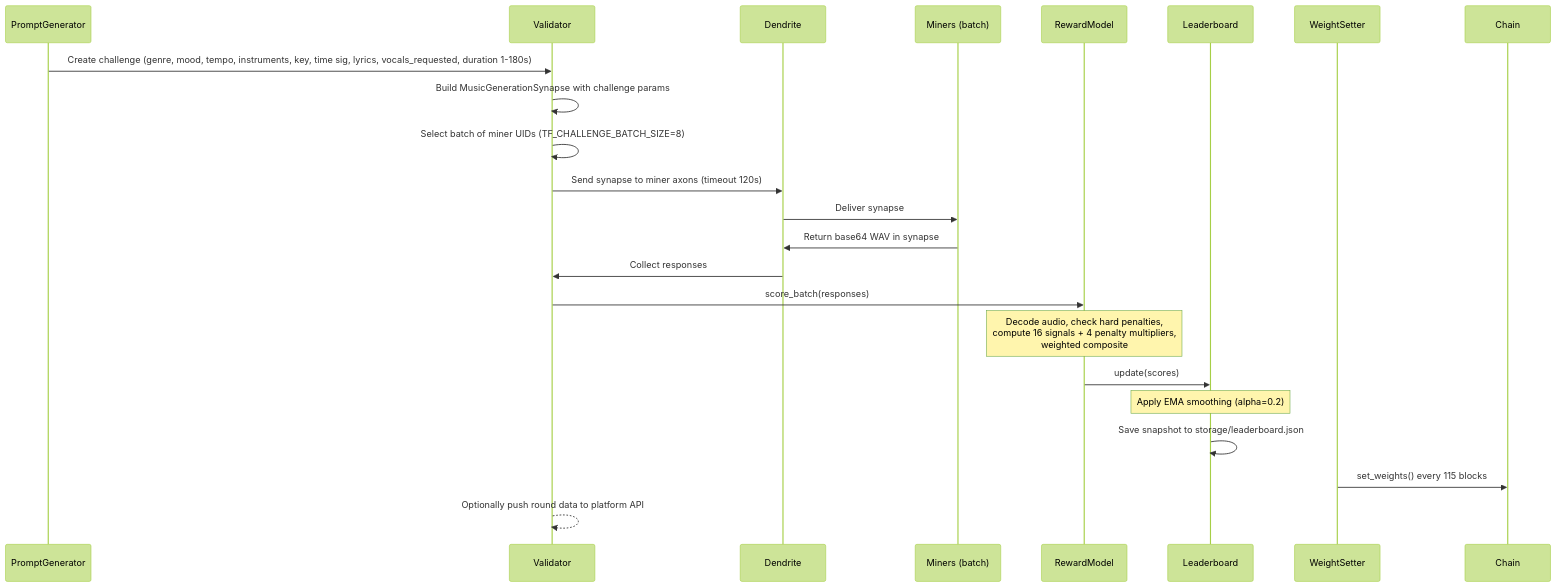
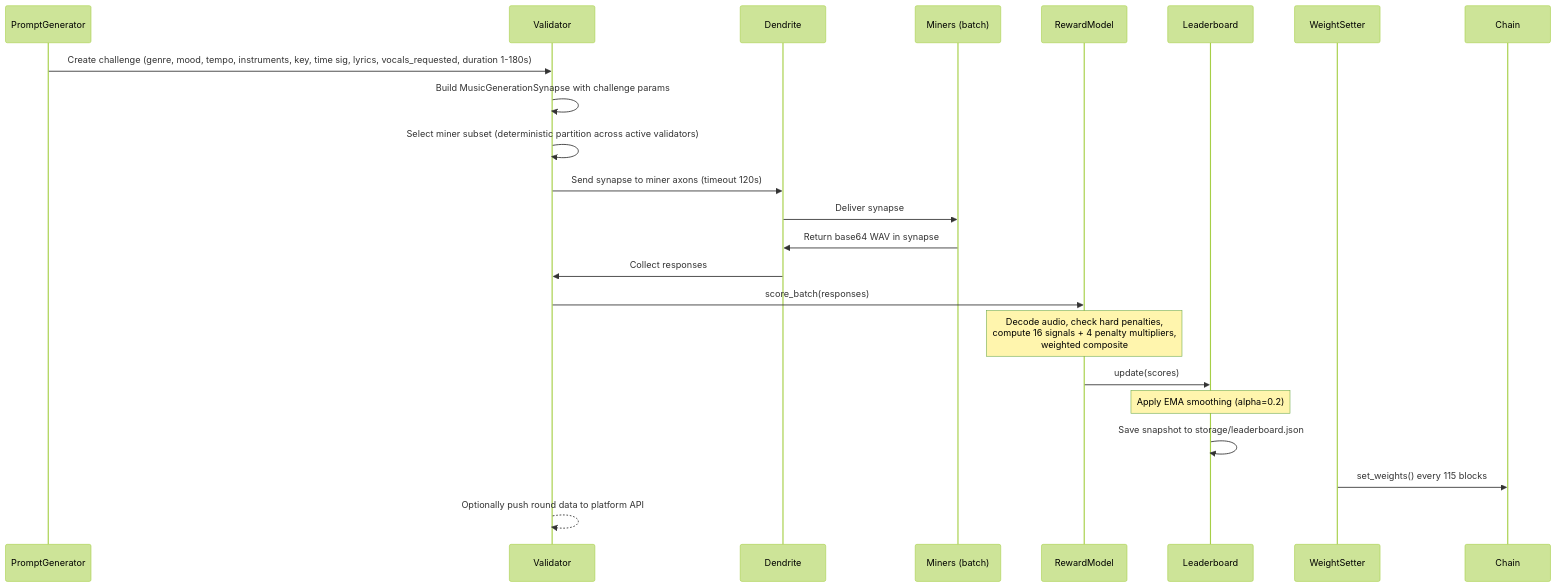
The second of 4 diagrams in docs/setup.md (borgg-dev/tuneforge), drawn with Mermaid (forest theme) before and after one commit. The commit also changed other lines of this file and 4 other files, not shown here.

First line of the commit message:
Remove dead settings: TF_CHALLENGE_BATCH_SIZE, TF_MAX_CONCURRENT_VALIDATIONS

````diff
--- a/docs/setup.md
+++ b/docs/setup.md
@@ -99,26 +99,26 @@
 ```mermaid
 sequenceDiagram
     participant PG as PromptGenerator
     participant V as Validator
     participant D as Dendrite
     participant M as Miners (batch)
     participant RM as RewardModel
     participant LB as Leaderboard
     participant WS as WeightSetter
     participant C as Chain
 
     PG->>V: Create challenge (genre, mood, tempo, instruments, key, time sig, lyrics, vocals_requested, duration 1-180s)
     V->>V: Build MusicGenerationSynapse with challenge params
-    V->>V: Select batch of miner UIDs (TF_CHALLENGE_BATCH_SIZE=8)
+    V->>V: Select miner subset (deterministic partition across active validators)
     V->>D: Send synapse to miner axons (timeout 120s)
     D->>M: Deliver synapse
     M->>D: Return base64 WAV in synapse
     D->>V: Collect responses
     V->>RM: score_batch(responses)
     Note over RM: Decode audio, check hard penalties,<br/>compute 16 signals + 4 penalty multipliers,<br/>weighted composite
     RM->>LB: update(scores)
     Note over LB: Apply EMA smoothing (alpha=0.2)
     LB->>LB: Save snapshot to storage/leaderboard.json
     WS->>C: set_weights() every 115 blocks
     V-->>V: Optionally push round data to platform API
 ```
````
